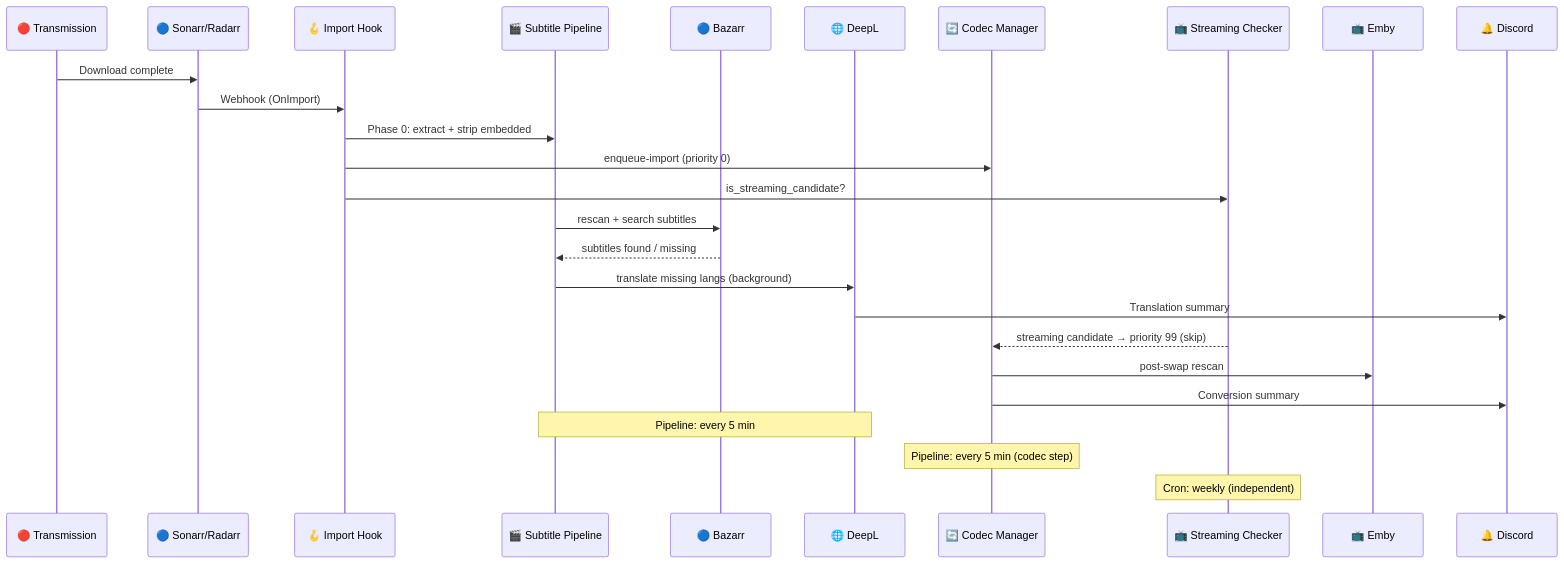
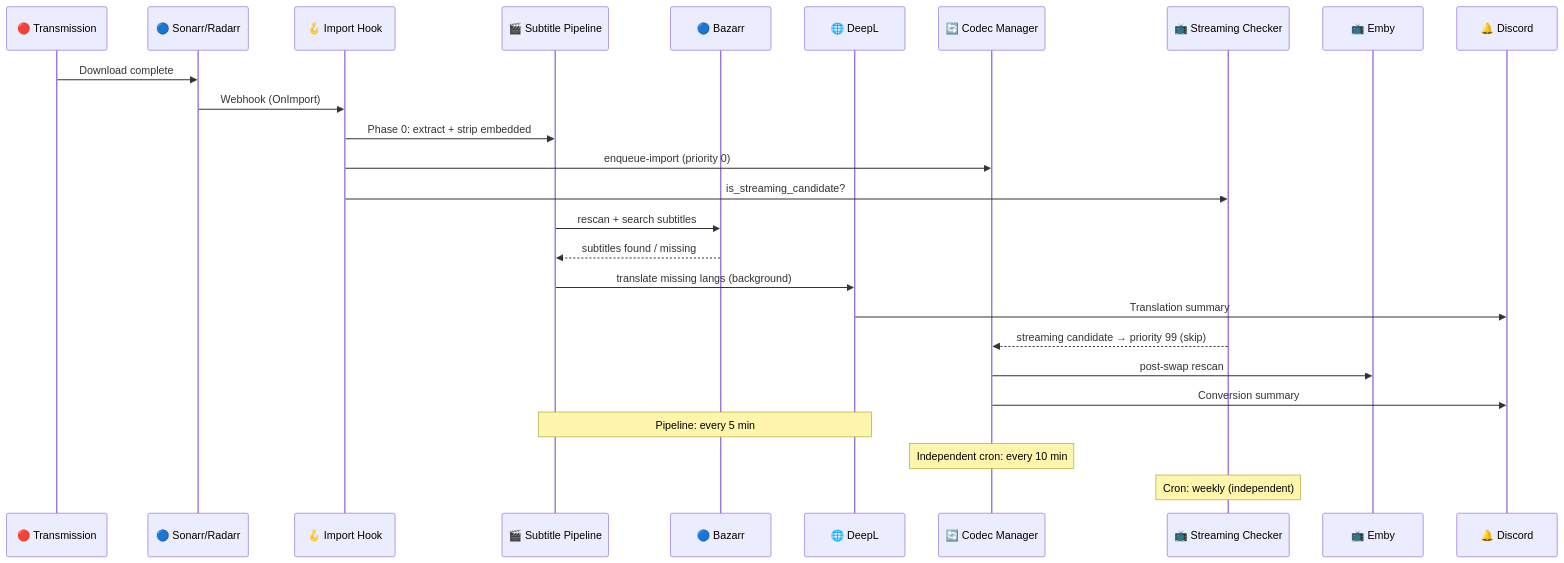
Before and after one commit to beregcamlost/arr_configs: the sixth of 6 diagrams in README.md, drawn with Mermaid. The commit also changed other lines of this file and 5 other files, not shown here.

First line of the commit message:
refactor(pipeline): decouple codec from pipeline + per-subsystem load thresholds

````diff
--- a/README.md
+++ b/README.md
@@ -699,32 +704,32 @@
 ```mermaid
 sequenceDiagram
     participant TR as 🔴 Transmission
     participant SR as 🔵 Sonarr/Radarr
     participant WH as 🪝 Import Hook
     participant SUB as 🎬 Subtitle Pipeline
     participant BZ as 🔵 Bazarr
     participant DL as 🌐 DeepL
     participant CM as 🔄 Codec Manager
     participant SC as 📺 Streaming Checker
     participant EM as 📺 Emby
     participant DC as 🔔 Discord
 
     TR->>SR: Download complete
     SR->>WH: Webhook (OnImport)
     WH->>SUB: Phase 0: extract + strip embedded
     WH->>CM: enqueue-import (priority 0)
     WH->>SC: is_streaming_candidate?
 
     SUB->>BZ: rescan + search subtitles
     BZ-->>SUB: subtitles found / missing
     SUB->>DL: translate missing langs (background)
     DL->>DC: Translation summary
 
     SC-->>CM: streaming candidate → priority 99 (skip)
     CM->>EM: post-swap rescan
     CM->>DC: Conversion summary
 
     Note over SUB,DL: Pipeline: every 5 min
-    Note over CM: Pipeline: every 5 min (codec step)
+    Note over CM: Independent cron: every 10 min
     Note over SC: Cron: weekly (independent)
 ```
````
